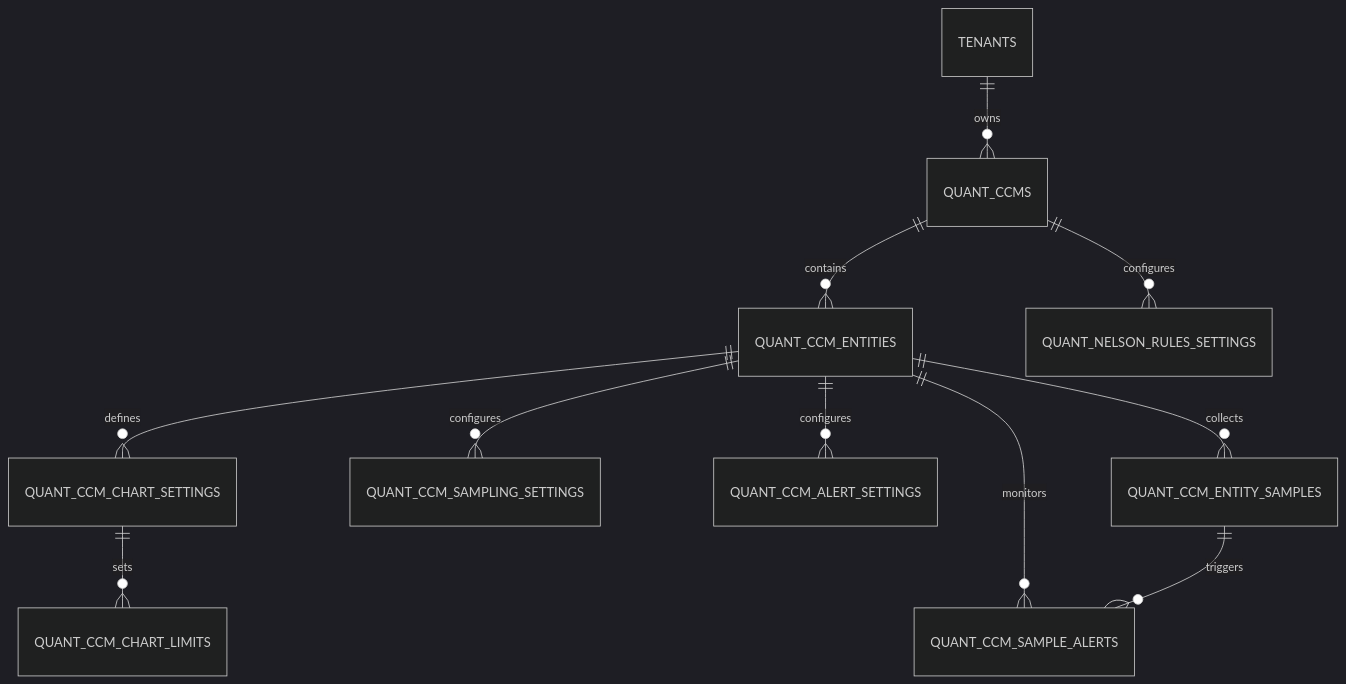
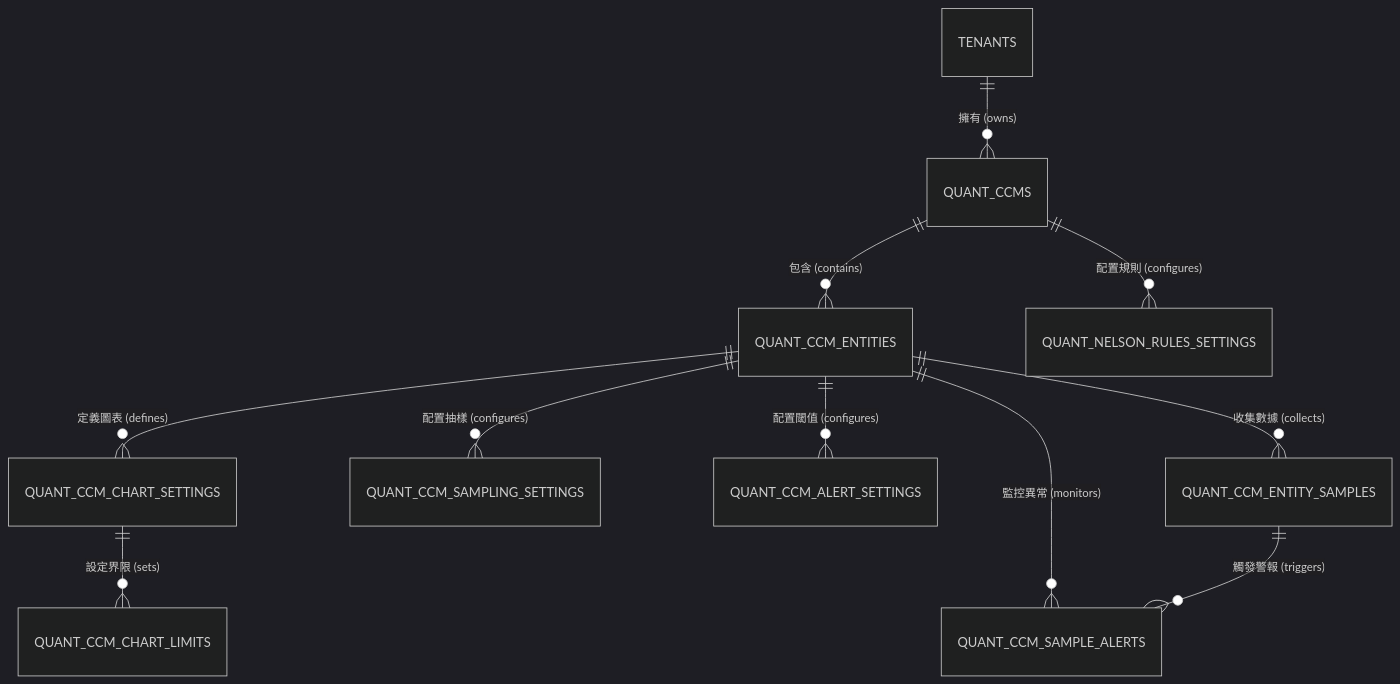
Before and after one commit to henry5720/work-docs: the diagram in docs/spc/07_ERD_實體關係圖.md, drawn with Mermaid (dark theme). The commit also changed other lines of this file and 1 other file, not shown here.

````diff
--- a/docs/spc/07_ERD_實體關係圖.md
+++ b/docs/spc/07_ERD_實體關係圖.md
@@ -7,15 +22,15 @@
 ```mermaid
 erDiagram
-    TENANTS ||--o{ QUANT_CCMS : owns
-    QUANT_CCMS ||--o{ QUANT_CCM_ENTITIES : contains
-    QUANT_CCMS ||--o{ QUANT_NELSON_RULES_SETTINGS : configures
+    TENANTS ||--o{ QUANT_CCMS : "擁有 (owns)"
+    QUANT_CCMS ||--o{ QUANT_CCM_ENTITIES : "包含 (contains)"
+    QUANT_CCMS ||--o{ QUANT_NELSON_RULES_SETTINGS : "配置規則 (configures)"
     
-    QUANT_CCM_ENTITIES ||--o{ QUANT_CCM_CHART_SETTINGS : defines
-    QUANT_CCM_ENTITIES ||--o{ QUANT_CCM_SAMPLING_SETTINGS : configures
-    QUANT_CCM_ENTITIES ||--o{ QUANT_CCM_ALERT_SETTINGS : configures
-    QUANT_CCM_ENTITIES ||--o{ QUANT_CCM_ENTITY_SAMPLES : collects
-    QUANT_CCM_ENTITIES ||--o{ QUANT_CCM_SAMPLE_ALERTS : monitors
+    QUANT_CCM_ENTITIES ||--o{ QUANT_CCM_CHART_SETTINGS : "定義圖表 (defines)"
+    QUANT_CCM_ENTITIES ||--o{ QUANT_CCM_SAMPLING_SETTINGS : "配置抽樣 (configures)"
+    QUANT_CCM_ENTITIES ||--o{ QUANT_CCM_ALERT_SETTINGS : "配置閾值 (configures)"
+    QUANT_CCM_ENTITIES ||--o{ QUANT_CCM_ENTITY_SAMPLES : "收集數據 (collects)"
+    QUANT_CCM_ENTITIES ||--o{ QUANT_CCM_SAMPLE_ALERTS : "監控異常 (monitors)"
     
-    QUANT_CCM_CHART_SETTINGS ||--o{ QUANT_CCM_CHART_LIMITS : sets
-    QUANT_CCM_ENTITY_SAMPLES ||--o{ QUANT_CCM_SAMPLE_ALERTS : triggers
+    QUANT_CCM_CHART_SETTINGS ||--o{ QUANT_CCM_CHART_LIMITS : "設定界限 (sets)"
+    QUANT_CCM_ENTITY_SAMPLES ||--o{ QUANT_CCM_SAMPLE_ALERTS : "觸發警報 (triggers)"
 ```
````
